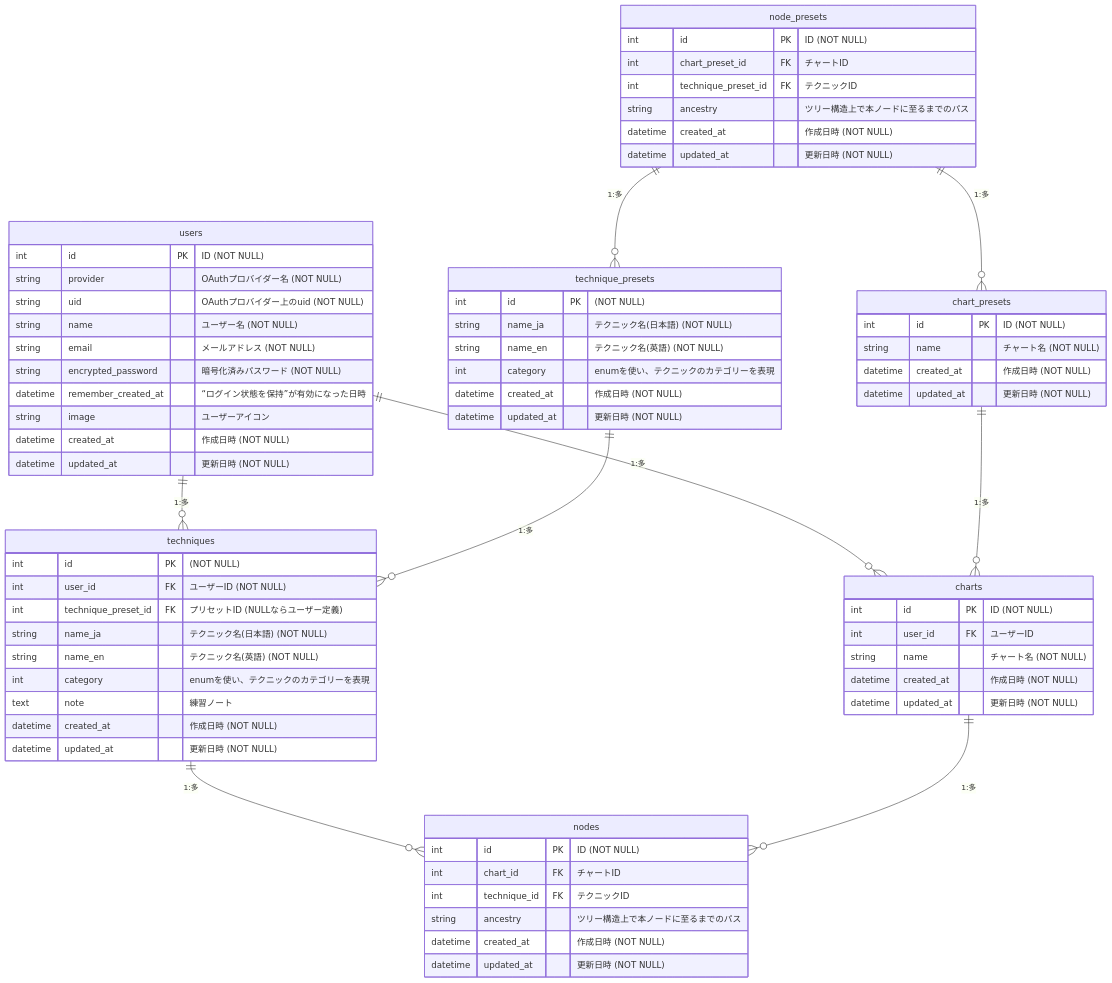
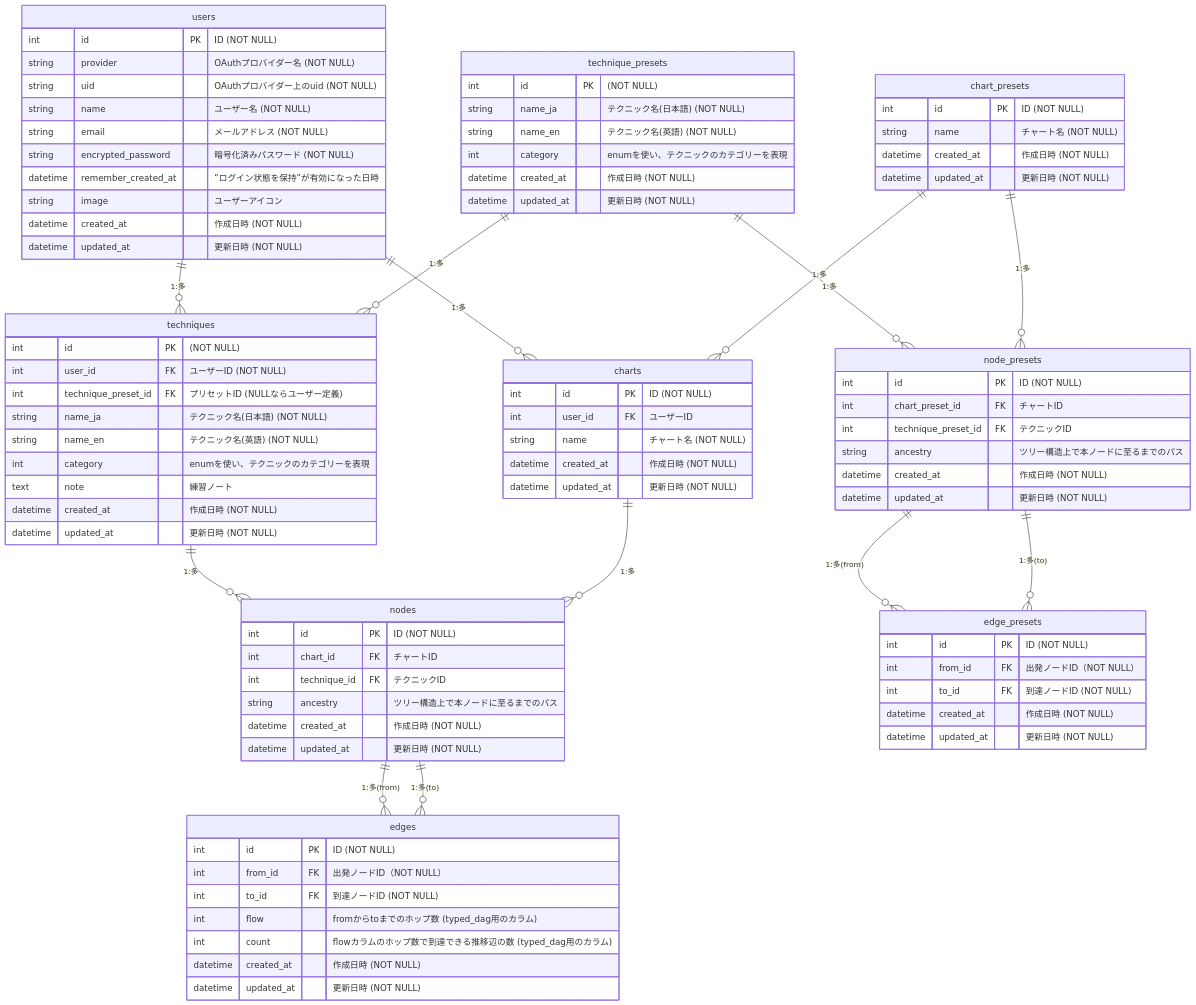
One commit to m-deura/bjj_flow_tracker changed the diagram in README.md. Above: the diagram before and after it, drawn with Mermaid. The commit also changed other lines of this file, not shown here.

````diff
--- a/README.md
+++ b/README.md
@@ -162,17 +148,40 @@
     datetime updated_at "更新日時 (NOT NULL)"
   }
 
+  edges {
+    int id PK "ID (NOT NULL)"
+    int from_id FK "出発ノードID（NOT NULL）"
+    int to_id FK "到達ノードID (NOT NULL)"
+    int flow "fromからtoまでのホップ数 (typed_dag用のカラム)"
+    int count "flowカラムのホップ数で到達できる推移辺の数 (typed_dag用のカラム)"
+    datetime created_at "作成日時 (NOT NULL)"
+    datetime updated_at "更新日時 (NOT NULL)"
+  }
+
+  edge_presets {
+    int id PK "ID (NOT NULL)"
+    int from_id FK "出発ノードID（NOT NULL）"
+    int to_id FK "到達ノードID (NOT NULL)"
+    datetime created_at "作成日時 (NOT NULL)"
+    datetime updated_at "更新日時 (NOT NULL)"
+  }
+
   users ||--o{ techniques : "1:多"
   users ||--o{ charts : "1:多"
 
   techniques ||--o{ nodes : "1:多"
 
   technique_presets ||--o{ techniques : "1:多"
+  technique_presets ||--o{ node_presets : "1:多"
 
   charts ||--o{ nodes : "1:多"
 
   chart_presets ||--o{ charts : "1:多"
+  chart_presets ||--o{ node_presets : "1:多"
 
-  node_presets ||--o{ chart_presets : "1:多"
-  node_presets ||--o{ technique_presets : "1:多"
+  nodes ||--o{ edges : "1:多(from)"
+  nodes ||--o{ edges : "1:多(to)"
+
+  node_presets ||--o{ edge_presets : "1:多(from)"
+  node_presets ||--o{ edge_presets : "1:多(to)"
 ```
````
